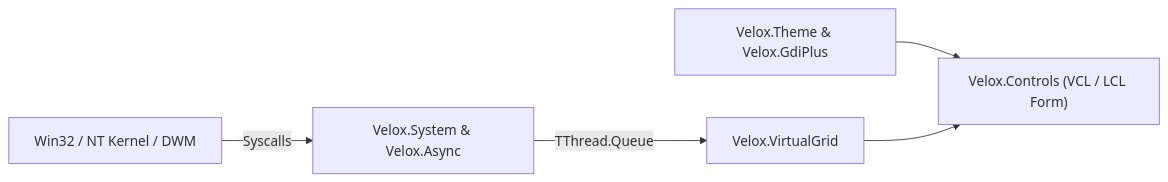
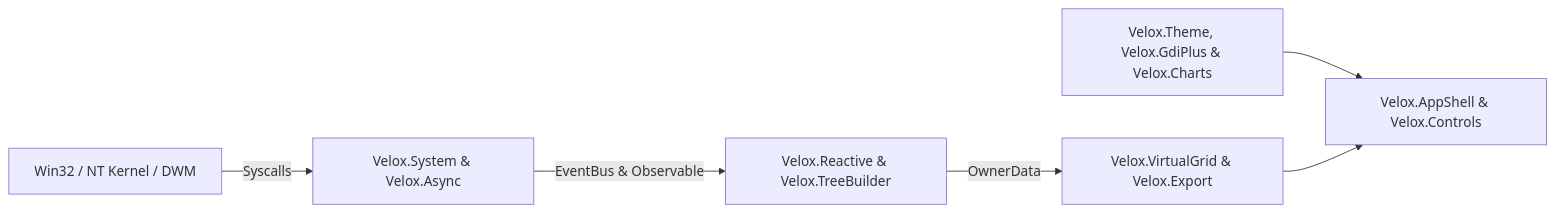
The first of 3 diagrams in README.md (amafjarkasi/velox-ui), drawn with Mermaid before and after one commit. The commit also changed other lines of this file and 13 other files, not shown here.

````diff
--- a/README.md
+++ b/README.md
@@ -152,7 +207,8 @@
 ```mermaid
 flowchart LR
     OS["Win32 / NT Kernel / DWM"] -->|"Syscalls"| SYS["Velox.System & Velox.Async"]
-    SYS -->|"TThread.Queue"| GRID["Velox.VirtualGrid<T>"]
-    THEME["Velox.Theme & Velox.GdiPlus"] --> UI["Velox.Controls (VCL / LCL Form)"]
-    GRID --> UI
+    SYS -->|"EventBus & Observable<T>"| VM["Velox.Reactive & Velox.TreeBuilder<T>"]
+    VM -->|"OwnerData"| GRID["Velox.VirtualGrid<T> & Velox.Export"]
+    THEME["Velox.Theme, Velox.GdiPlus & Velox.Charts"] --> SHELL["Velox.AppShell & Velox.Controls"]
+    GRID --> SHELL
 ```
````
